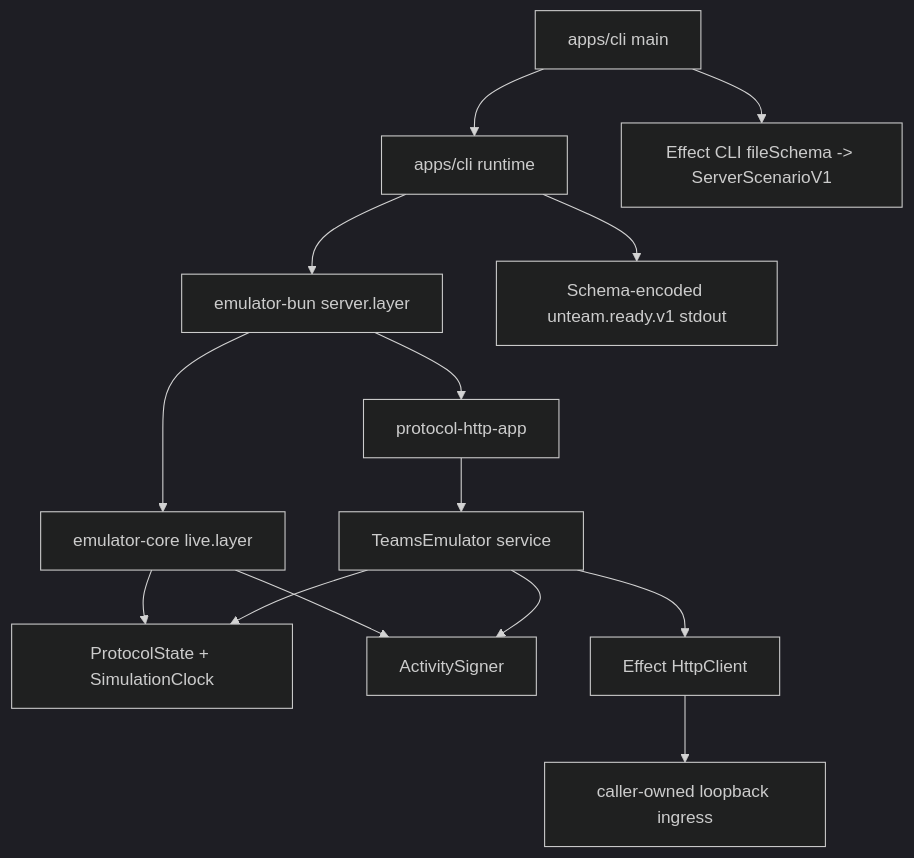
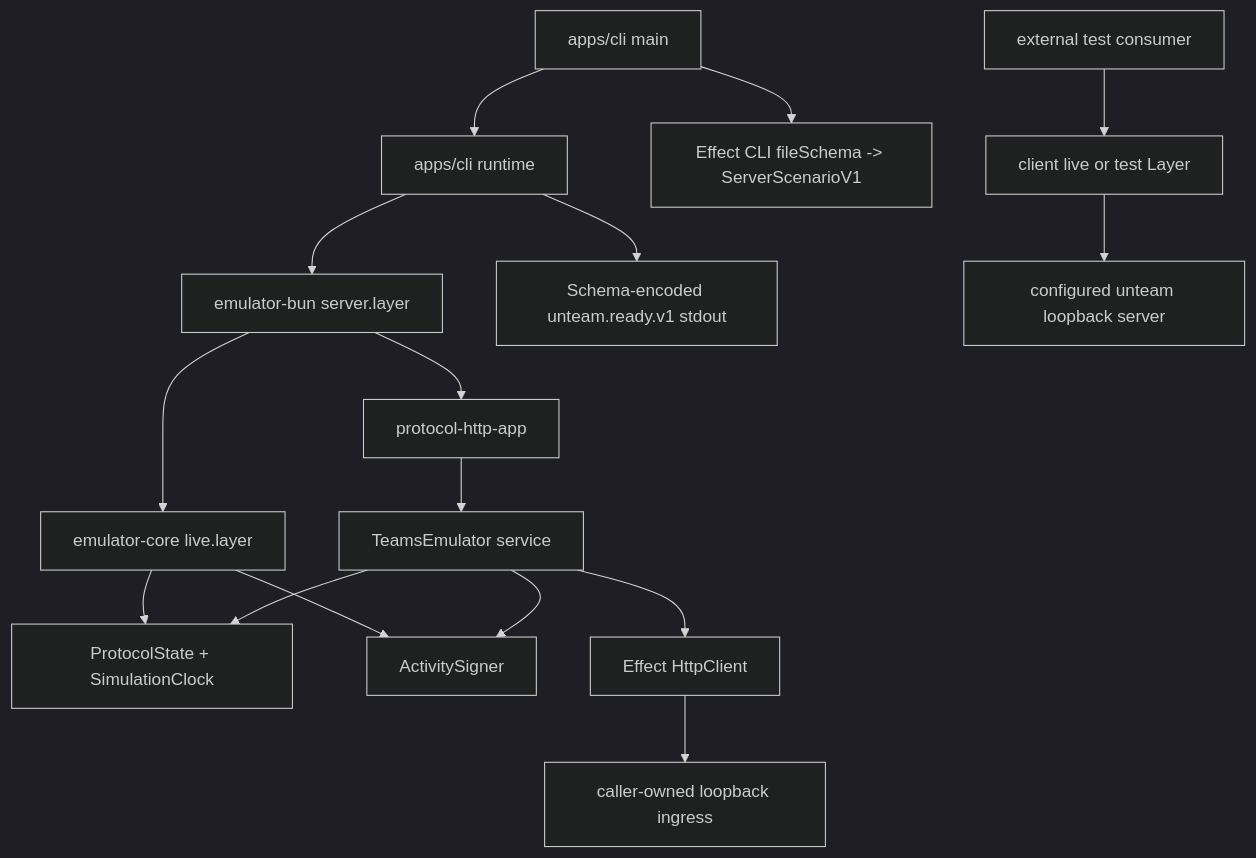
The diagram in docs/architecture/owners.md (crcorbett/unteam), drawn with Mermaid (dark theme) before and after one commit. The commit also changed other lines of this file and 28 other files, not shown here.

Commit message:
feat: extract versioned local unteam client

````diff
--- a/docs/architecture/owners.md
+++ b/docs/architecture/owners.md
@@ -13,16 +14,18 @@
 ```mermaid
 flowchart TD
   CLI["apps/cli main"] --> Runtime["apps/cli runtime"]
   CLI --> Scenario["Effect CLI fileSchema -> ServerScenarioV1"]
   Runtime --> BunHost["emulator-bun server.layer"]
   Runtime --> Ready["Schema-encoded unteam.ready.v1 stdout"]
   BunHost --> CoreLayer["emulator-core live.layer"]
   CoreLayer --> State["ProtocolState + SimulationClock"]
   CoreLayer --> Signer["ActivitySigner"]
   BunHost --> Router["protocol-http-app"]
   Router --> CoreService["TeamsEmulator service"]
   CoreService --> State
   CoreService --> Signer
   CoreService --> Client["Effect HttpClient"]
   Client --> Ingress["caller-owned loopback ingress"]
+  Consumer["external test consumer"] --> ClientLayer["client live or test Layer"]
+  ClientLayer --> Standalone["configured unteam loopback server"]
 ```
````
